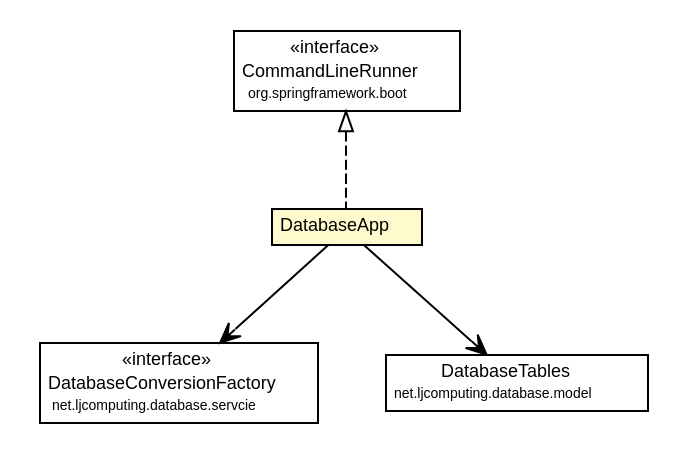
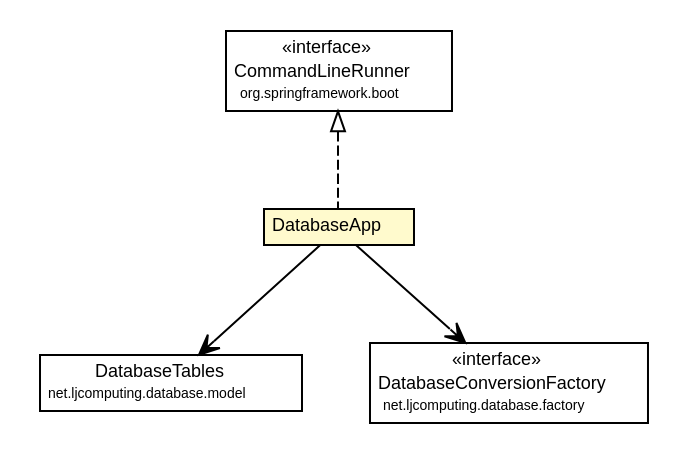
One commit to willmorejg/net.ljcomputing.database changed the diagram in docs/javadoc/apidocs/net/ljcomputing/database/DatabaseApp.dot. Above: the diagram before and after it, drawn with Graphviz. The commit also changed 94 other files, not shown here.

```diff
--- a/docs/javadoc/apidocs/net/ljcomputing/database/DatabaseApp.dot
+++ b/docs/javadoc/apidocs/net/ljcomputing/database/DatabaseApp.dot
@@ -1,47 +1,47 @@
 #!/usr/local/bin/dot
 #
 # Class diagram 
 # Generated by UMLGraph version R5_6 (http://www.umlgraph.org/)
 #
 
 digraph G {
 	edge [fontname="Helvetica",fontsize=10,labelfontname="Helvetica",labelfontsize=10];
 	node [fontname="Helvetica",fontsize=10,shape=plaintext];
 	nodesep=0.25;
 	ranksep=0.5;
-	// net.ljcomputing.database.servcie.DatabaseConversionFactory
-	c132 [label=<<table title="net.ljcomputing.database.servcie.DatabaseConversionFactory" border="0" cellborder="1" cellspacing="0" cellpadding="2" port="p" href="./servcie/DatabaseConversionFactory.html">
-		<tr><td><table border="0" cellspacing="0" cellpadding="1">
-<tr><td align="center" balign="center"> &#171;interface&#187; </td></tr>
-<tr><td align="center" balign="center"> DatabaseConversionFactory </td></tr>
-<tr><td align="center" balign="center"><font point-size="7.0"> net.ljcomputing.database.servcie </font></td></tr>
-		</table></td></tr>
-		</table>>, URL="./servcie/DatabaseConversionFactory.html", fontname="Helvetica", fontcolor="black", fontsize=9.0];
 	// net.ljcomputing.database.DatabaseApp
-	c138 [label=<<table title="net.ljcomputing.database.DatabaseApp" border="0" cellborder="1" cellspacing="0" cellpadding="2" port="p" bgcolor="lemonChiffon" href="./DatabaseApp.html">
+	c516 [label=<<table title="net.ljcomputing.database.DatabaseApp" border="0" cellborder="1" cellspacing="0" cellpadding="2" port="p" bgcolor="lemonChiffon" href="./DatabaseApp.html">
 		<tr><td><table border="0" cellspacing="0" cellpadding="1">
 <tr><td align="center" balign="center"> DatabaseApp </td></tr>
 		</table></td></tr>
 		</table>>, URL="./DatabaseApp.html", fontname="Helvetica", fontcolor="black", fontsize=9.0];
 	// net.ljcomputing.database.model.DatabaseTables
-	c139 [label=<<table title="net.ljcomputing.database.model.DatabaseTables" border="0" cellborder="1" cellspacing="0" cellpadding="2" port="p" href="./model/DatabaseTables.html">
+	c517 [label=<<table title="net.ljcomputing.database.model.DatabaseTables" border="0" cellborder="1" cellspacing="0" cellpadding="2" port="p" href="./model/DatabaseTables.html">
 		<tr><td><table border="0" cellspacing="0" cellpadding="1">
 <tr><td align="center" balign="center"> DatabaseTables </td></tr>
 <tr><td align="center" balign="center"><font point-size="7.0"> net.ljcomputing.database.model </font></td></tr>
 		</table></td></tr>
 		</table>>, URL="./model/DatabaseTables.html", fontname="Helvetica", fontcolor="black", fontsize=9.0];
+	// net.ljcomputing.database.factory.DatabaseConversionFactory
+	c521 [label=<<table title="net.ljcomputing.database.factory.DatabaseConversionFactory" border="0" cellborder="1" cellspacing="0" cellpadding="2" port="p" href="./factory/DatabaseConversionFactory.html">
+		<tr><td><table border="0" cellspacing="0" cellpadding="1">
+<tr><td align="center" balign="center"> &#171;interface&#187; </td></tr>
+<tr><td align="center" balign="center"> DatabaseConversionFactory </td></tr>
+<tr><td align="center" balign="center"><font point-size="7.0"> net.ljcomputing.database.factory </font></td></tr>
+		</table></td></tr>
+		</table>>, URL="./factory/DatabaseConversionFactory.html", fontname="Helvetica", fontcolor="black", fontsize=9.0];
 	//net.ljcomputing.database.DatabaseApp implements org.springframework.boot.CommandLineRunner
-	c143:p -> c138:p [dir=back,arrowtail=empty,style=dashed];
+	c524:p -> c516:p [dir=back,arrowtail=empty,style=dashed];
 	// net.ljcomputing.database.DatabaseApp NAVASSOC net.ljcomputing.database.model.DatabaseTables
-	c138:p -> c139:p [taillabel="", label="", headlabel="", fontname="Helvetica", fontcolor="black", fontsize=10.0, color="black", arrowhead=open];
-	// net.ljcomputing.database.DatabaseApp NAVASSOC net.ljcomputing.database.servcie.DatabaseConversionFactory
-	c138:p -> c132:p [taillabel="", label="", headlabel="", fontname="Helvetica", fontcolor="black", fontsize=10.0, color="black", arrowhead=open];
+	c516:p -> c517:p [taillabel="", label="", headlabel="", fontname="Helvetica", fontcolor="black", fontsize=10.0, color="black", arrowhead=open];
+	// net.ljcomputing.database.DatabaseApp NAVASSOC net.ljcomputing.database.factory.DatabaseConversionFactory
+	c516:p -> c521:p [taillabel="", label="", headlabel="", fontname="Helvetica", fontcolor="black", fontsize=10.0, color="black", arrowhead=open];
 	// org.springframework.boot.CommandLineRunner
-	c143 [label=<<table title="org.springframework.boot.CommandLineRunner" border="0" cellborder="1" cellspacing="0" cellpadding="2" port="p">
+	c524 [label=<<table title="org.springframework.boot.CommandLineRunner" border="0" cellborder="1" cellspacing="0" cellpadding="2" port="p">
 		<tr><td><table border="0" cellspacing="0" cellpadding="1">
 <tr><td align="center" balign="center"> &#171;interface&#187; </td></tr>
 <tr><td align="center" balign="center"> CommandLineRunner </td></tr>
 <tr><td align="center" balign="center"><font point-size="7.0"> org.springframework.boot </font></td></tr>
 		</table></td></tr>
 		</table>>, URL="null", fontname="Helvetica", fontcolor="black", fontsize=9.0];
 }
```
